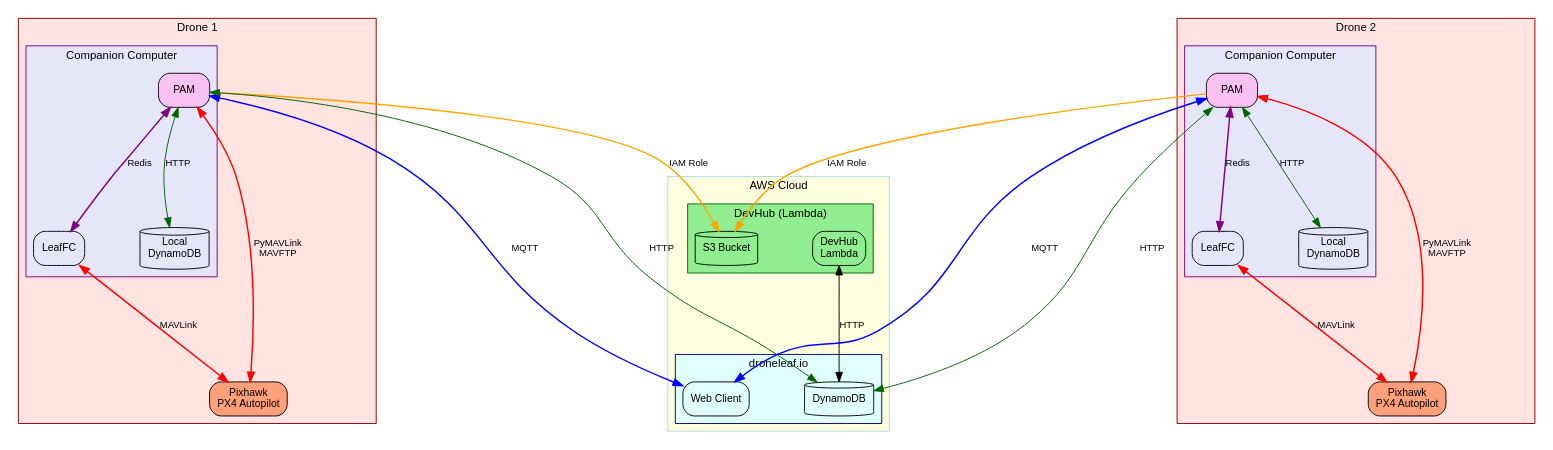
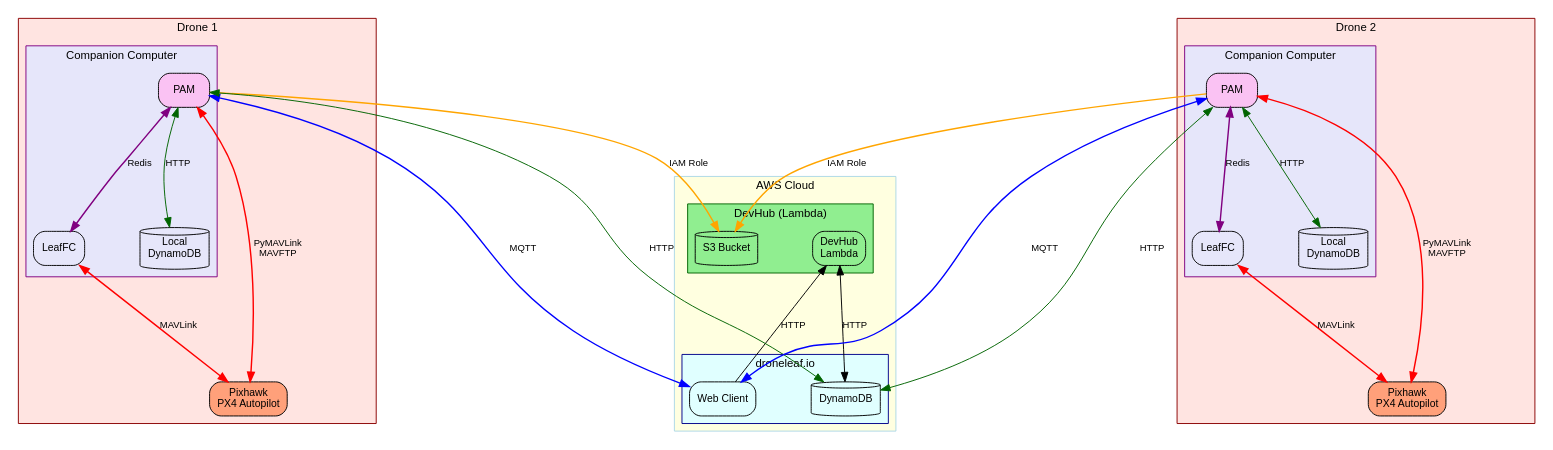
Before and after one commit to DroneLeaf/HEAR_wiki: the diagram in Guide/HEAR Software/PetalAppManager/multi_drone_system.dot, drawn with Graphviz. The commit also changed 1 other file, not shown here.

Commit message:
Add HTTP connection from webclient to devhub and update SVG layout
- Added an HTTP connection from webclient to devhub in the multi_drone_system.dot file.
- Adjusted the layout of the AWS Cloud and web client clusters in the multi_drone_system.svg file for better visual representation.
- Updated edge labels and paths for various connections to ensure clarity and consistency in the diagram.

```diff
--- a/Guide/HEAR Software/PetalAppManager/multi_drone_system.dot
+++ b/Guide/HEAR Software/PetalAppManager/multi_drone_system.dot
@@ -1,117 +1,118 @@
 digraph MultiDroneSystem {
     rankdir=TB;
     ranksep=1.5;
     nodesep=0.8;
     
     // Graph styling
     graph [fontname="Arial", fontsize=12, compound=true];
     node [fontname="Arial", fontsize=11, shape=box, style=rounded];
     edge [fontname="Arial", fontsize=10];
     
     // AWS Cloud cluster at the top
     subgraph cluster_aws {
         label="AWS Cloud";
         style=filled;
         color=lightblue;
         fillcolor=lightyellow;
         rank = source;
         
         // DevHub box
         subgraph cluster_devhub {
             label="DevHub (Lambda)";
             style=filled;
             color=darkgreen;
             fillcolor=lightgreen;
             rank = source;
 
             devhub [label="DevHub\nLambda", shape=box];
             s3 [label="S3 Bucket", shape=cylinder];
         }
         
         // Webclient box
         subgraph cluster_webclient {
             label="droneleaf.io";
             style=filled;
             color=darkblue;
             fillcolor=lightcyan;
             rank = source;
 
             webclient [label="Web Client", shape=box];
             webclient_db [label="DynamoDB", shape=cylinder];
         }
     }
     
     // Drone 1
     subgraph cluster_drone1 {
         label="Drone 1";
         style=filled;
         color=darkred;
         fillcolor=mistyrose;
         
         // Companion Computer
         subgraph cluster_companion1 {
             label="Companion Computer";
             style=filled;
             color=purple;
             fillcolor=lavender;
             
             pam1 [label="PAM", shape=box, style="rounded,filled", fillcolor="#fac2f3"];
             leaffc1 [label="LeafFC", shape=box];
             local_db1 [label="Local\nDynamoDB", shape=cylinder];
         }
         
         // Pixhawk
         pixhawk1 [label="Pixhawk\nPX4 Autopilot", shape=box, style="rounded,filled", fillcolor=lightsalmon];
     }
     
     // Drone 2
     subgraph cluster_drone2 {
         label="Drone 2";
         style=filled;
         color=darkred;
         fillcolor=mistyrose;
         
         // Companion Computer
         subgraph cluster_companion2 {
             label="Companion Computer";
             style=filled;
             color=purple;
             fillcolor=lavender;
             
             pam2 [label="PAM", shape=box, style="rounded,filled", fillcolor="#fac2f3"];
             leaffc2 [label="LeafFC", shape=box];
             local_db2 [label="Local\nDynamoDB", shape=cylinder];
         }
         
         // Pixhawk
         pixhawk2 [label="Pixhawk\nPX4 Autopilot", shape=box, style="rounded,filled", fillcolor=lightsalmon];
     }
     
     // Connections within AWS
+    webclient -> devhub [label="HTTP"];
     devhub -> webclient_db [label="HTTP", dir=both];
     
     // Drone 1 connections
     // PAM to AWS services
     pam1 -> webclient [label="MQTT", dir=both, color=blue, penwidth=1.5];
     pam1 -> webclient_db [label="HTTP", dir=both, color=darkgreen];
     pam1 -> s3 [label="IAM Role", color=orange, penwidth=1.5];
     
     // PAM to local services
     pam1 -> local_db1 [label="HTTP", dir=both, color=darkgreen];
     pam1 -> leaffc1 [label="Redis", dir=both, color=purple, penwidth=1.5];
     pam1 -> pixhawk1 [label="PyMAVLink\nMAVFTP", dir=both, color=red, penwidth=1.5];
     leaffc1 -> pixhawk1 [label="MAVLink", dir=both, color=red, penwidth=1.5];
     
     // Drone 2 connections
     // PAM to AWS services
     pam2 -> webclient [label="MQTT", dir=both, color=blue, penwidth=1.5];
     pam2 -> webclient_db [label="HTTP", dir=both, color=darkgreen];
     pam2 -> s3 [label="IAM Role", color=orange, penwidth=1.5];
     
     // PAM to local services
     pam2 -> local_db2 [label="HTTP", dir=both, color=darkgreen];
     pam2 -> leaffc2 [label="Redis", dir=both, color=purple, penwidth=1.5];
     pam2 -> pixhawk2 [label="PyMAVLink\nMAVFTP", dir=both, color=red, penwidth=1.5];
     leaffc2 -> pixhawk2 [label="MAVLink", dir=both, color=red, penwidth=1.5];
 
 }
```
